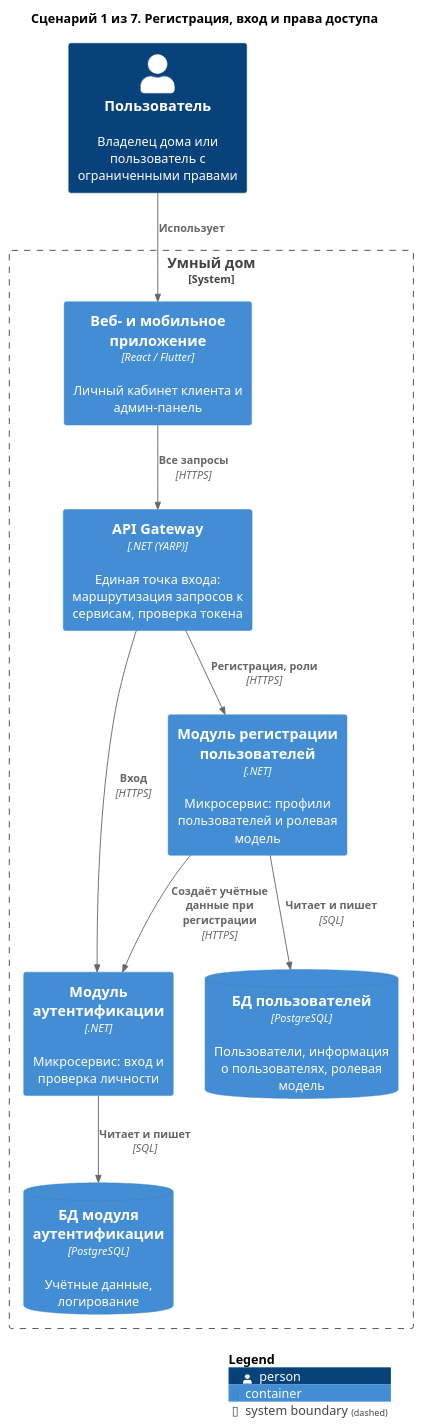
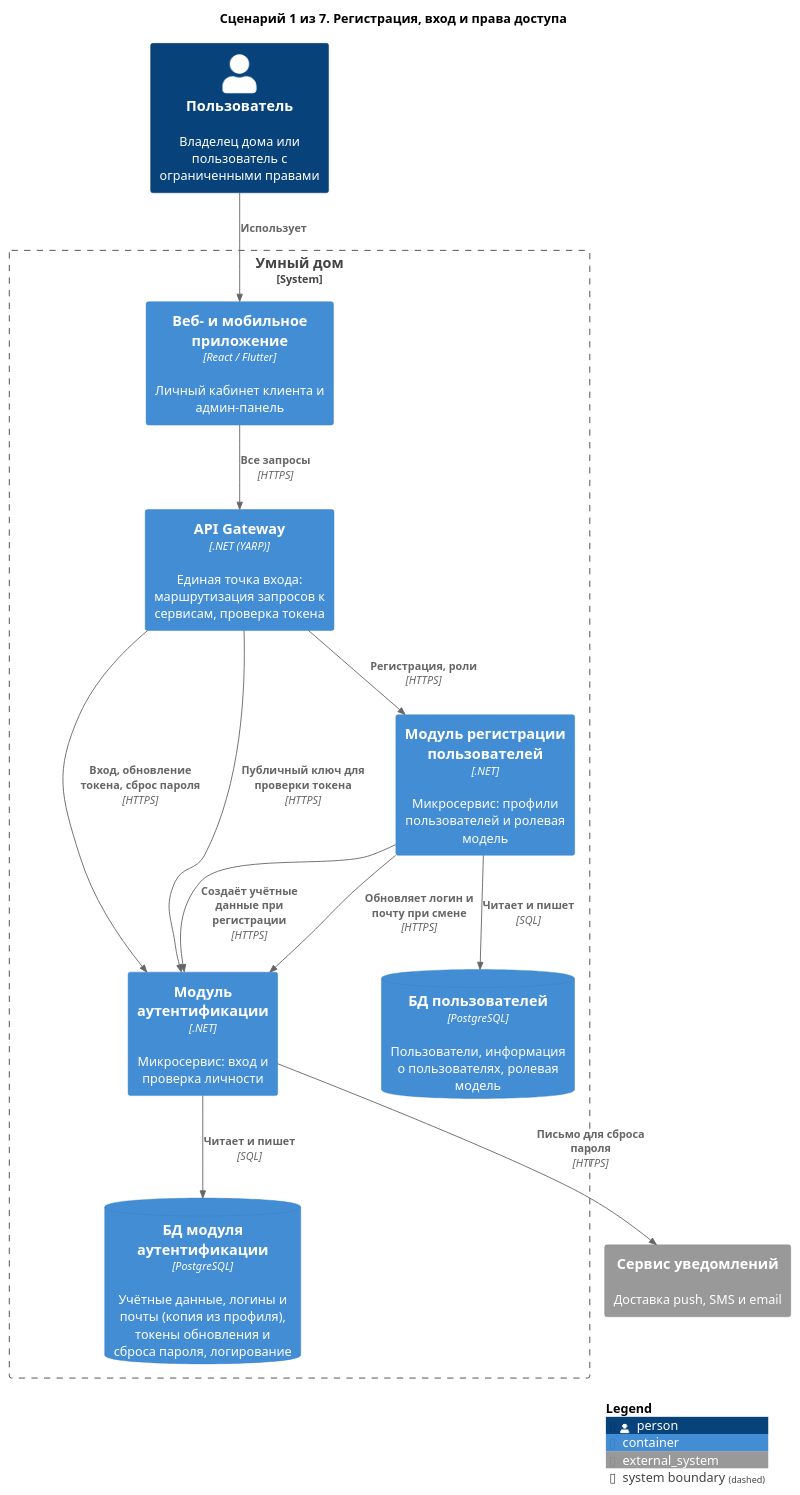
One commit to Lyamin-av/architecture-warmhouse changed the diagram in diagrams/containers-scenarios/01-registration-and-access.puml. Above: the diagram before and after it, drawn with PlantUML. The commit also changed 6 other files, not shown here.

First line of the commit message:
Задание 2: компоненты модуля аутентификации, сброс пароля, копия логина и почты

```diff
--- a/diagrams/containers-scenarios/01-registration-and-access.puml
+++ b/diagrams/containers-scenarios/01-registration-and-access.puml
@@ -1,28 +1,33 @@
 @startuml 01-registration-and-access
 !include <C4/C4_Container>
 
 title Сценарий 1 из 7. Регистрация, вход и права доступа
 
 Person(user, "Пользователь", "Владелец дома или пользователь с ограниченными правами")
 
 System_Boundary(Warmhouse, "Умный дом") {
     Container(apps, "Веб- и мобильное приложение", "React / Flutter", "Личный кабинет клиента и админ-панель")
     Container(Gateway, "API Gateway", ".NET (YARP)", "Единая точка входа: маршрутизация запросов к сервисам, проверка токена")
     Container(Authentication, "Модуль аутентификации", ".NET", "Микросервис: вход и проверка личности")
     Container(Users, "Модуль регистрации пользователей", ".NET", "Микросервис: профили пользователей и ролевая модель")
     ContainerDb(dbUsers, "БД пользователей", "PostgreSQL", "Пользователи, информация о пользователях, ролевая модель")
-    ContainerDb(dbAuth, "БД модуля аутентификации", "PostgreSQL", "Учётные данные, логирование")
+    ContainerDb(dbAuth, "БД модуля аутентификации", "PostgreSQL", "Учётные данные, логины и почты (копия из профиля), токены обновления и сброса пароля, логирование")
 }
+
+System_Ext(notify, "Сервис уведомлений", "Доставка push, SMS и email")
 
 
 Rel(user, apps, "Использует")
 Rel(apps, Gateway, "Все запросы", "HTTPS")
-Rel(Gateway, Authentication, "Вход", "HTTPS")
+Rel(Gateway, Authentication, "Вход, обновление токена, сброс пароля", "HTTPS")
+Rel(Gateway, Authentication, "Публичный ключ для проверки токена", "HTTPS")
 Rel(Gateway, Users, "Регистрация, роли", "HTTPS")
 Rel(Users, Authentication, "Создаёт учётные данные при регистрации", "HTTPS")
+Rel(Users, Authentication, "Обновляет логин и почту при смене", "HTTPS")
 
 Rel(Users, dbUsers, "Читает и пишет", "SQL")
+Rel(Authentication, notify, "Письмо для сброса пароля", "HTTPS")
 Rel(Authentication, dbAuth, "Читает и пишет", "SQL")
 
 SHOW_LEGEND()
 @enduml
```
